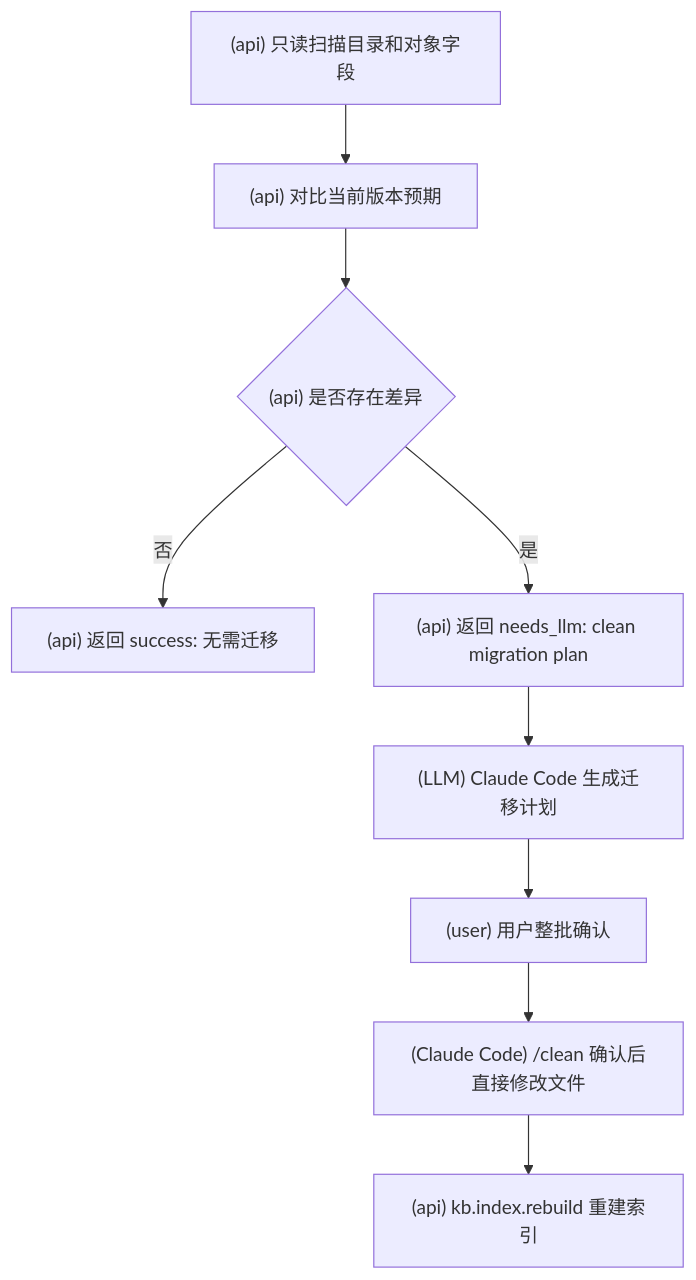
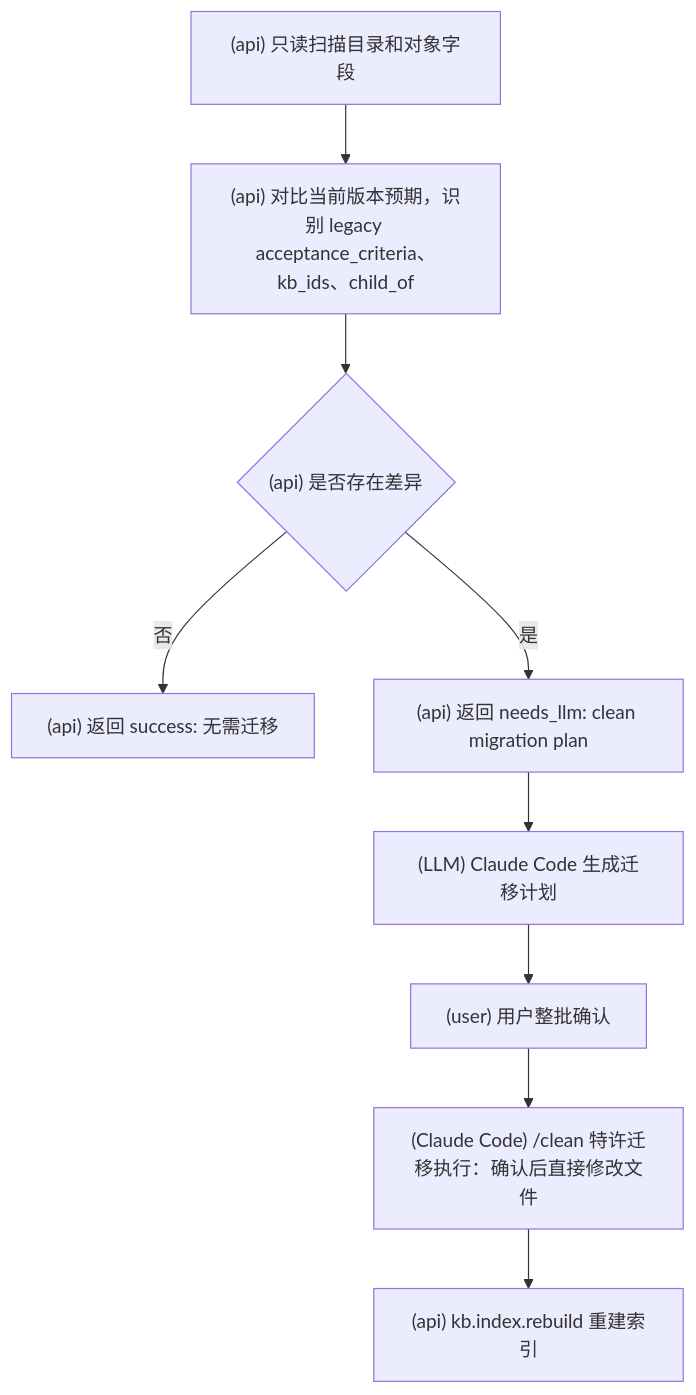
One commit to srangerme/KBManager changed diagram 19 of 19 in docs/流程图.md. Above: the diagram before and after it, drawn with Mermaid. The commit also changed other lines of this file and 27 other files, not shown here.

````diff
--- a/docs/流程图.md
+++ b/docs/流程图.md
@@ -196,11 +250,11 @@
 ```mermaid
 flowchart TD
-  A["(api) 只读扫描目录和对象字段"] --> B["(api) 对比当前版本预期"]
+  A["(api) 只读扫描目录和对象字段"] --> B["(api) 对比当前版本预期，识别 legacy acceptance_criteria、kb_ids、child_of"]
   B --> C{"(api) 是否存在差异"}
   C -- 否 --> D["(api) 返回 success: 无需迁移"]
   C -- 是 --> E["(api) 返回 needs_llm: clean migration plan"]
   E --> F["(LLM) Claude Code 生成迁移计划"]
   F --> G["(user) 用户整批确认"]
-  G --> H["(Claude Code) /clean 确认后直接修改文件"]
+  G --> H["(Claude Code) /clean 特许迁移执行：确认后直接修改文件"]
   H --> I["(api) kb.index.rebuild 重建索引"]
 ```
````
